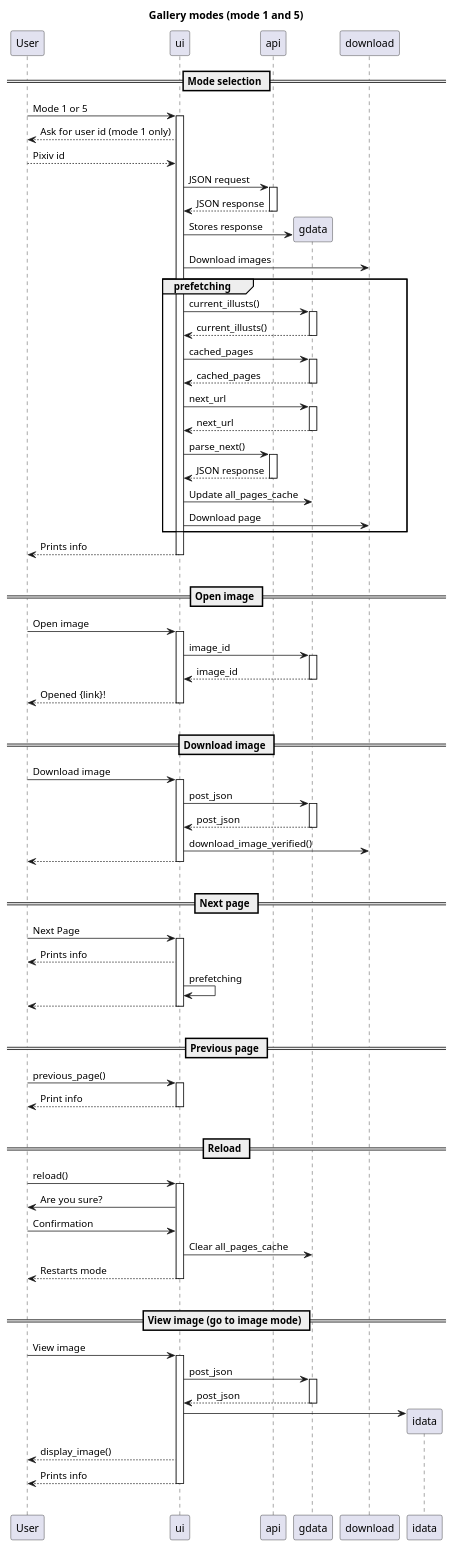
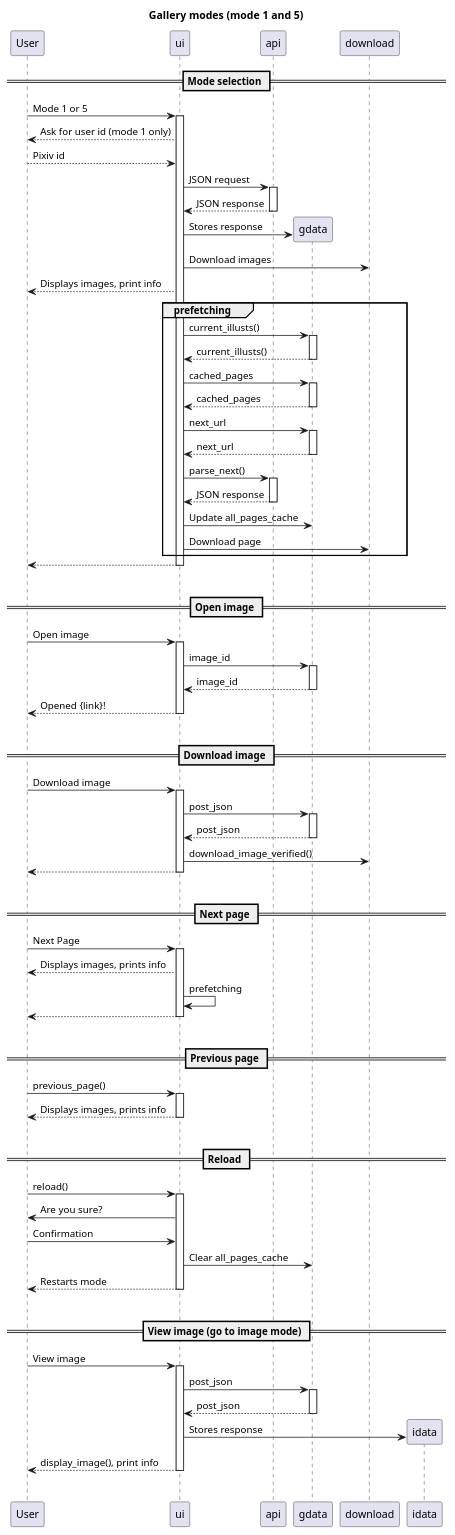
Before and after one commit to akazukin5151/koneko-old: the diagram in puml/gallery.puml, drawn with PlantUML. The commit also changed 3 other files, not shown here.

Commit message:
Improved ui uml diagrams

```diff
--- a/puml/gallery.puml
+++ b/puml/gallery.puml
@@ -1,73 +1,74 @@
 @startuml
 title Gallery modes (mode 1 and 5)
 
 == Mode selection ==
 User -> ui ++: Mode 1 or 5
 ui --> User: Ask for user id (mode 1 only)
 User --> ui: Pixiv id
 ui -> api ++: JSON request
 return JSON response
 create gdata
 ui -> gdata: Stores response
 ui -> download: Download images
+ui --> User: Displays images, print info
 group prefetching
     ui -> gdata ++: current_illusts()
     return current_illusts()
     ui -> gdata ++: cached_pages
     return cached_pages
     ui -> gdata ++: next_url
     return next_url
     ui -> api ++: parse_next()
     return JSON response
     ui -> gdata: Update all_pages_cache
     ui -> download: Download page
 end
-return Prints info
+return
 |||
 
 == Open image ==
 User -> ui ++: Open image
 ui -> gdata ++: image_id
 return image_id
 return Opened {link}!
 |||
 
 == Download image ==
 User -> ui ++: Download image
 ui -> gdata ++: post_json
 return post_json
 ui -> download: download_image_verified()
 return
 |||
 
 == Next page ==
 User -> ui ++: Next Page
-ui --> User: Prints info
+ui --> User: Displays images, prints info
 ui -> ui: prefetching
 return
 |||
 
 == Previous page ==
 User -> ui ++: previous_page()
-return Print info
+return Displays images, prints info
 |||
 
 == Reload ==
 User -> ui ++: reload()
 ui -> User: Are you sure?
 User -> ui: Confirmation
 ui -> gdata: Clear all_pages_cache
 return Restarts mode
 |||
 
 == View image (go to image mode) ==
 User -> ui ++: View image
 ui -> gdata ++: post_json
 return post_json
-ui -> idata **
-ui --> User: display_image()
-return Prints info
+create idata
+ui -> idata: Stores response
+return display_image(), print info
 |||
 
 
 @enduml
```
